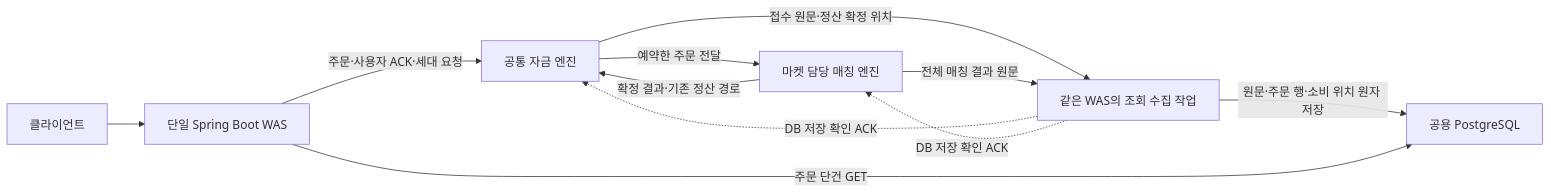
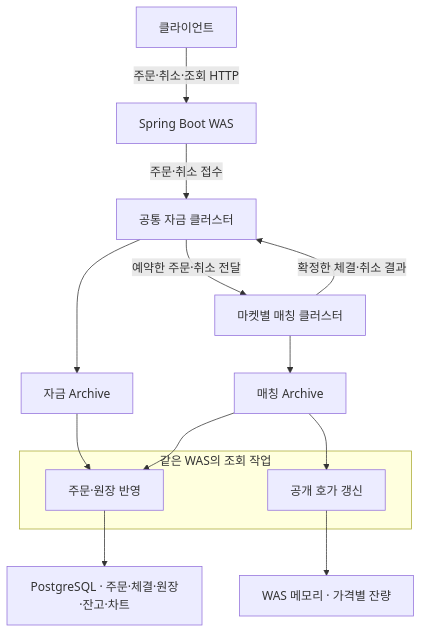
One commit to 0Chord/coin-exchange changed the diagram in README.md. Above: the diagram before and after it, drawn with Mermaid. The commit also changed other lines of this file, not shown here.

````diff
--- a/README.md
+++ b/README.md
@@ -11,13 +15,21 @@
 ```mermaid
-flowchart LR
-    Client["클라이언트"] --> WAS["단일 Spring Boot WAS"]
-    WAS -->|"주문·사용자 ACK·세대 요청"| Funds["공통 자금 엔진"]
-    Funds -->|"예약한 주문 전달"| Matching["마켓 담당 매칭 엔진"]
-    Matching -->|"확정 결과·기존 정산 경로"| Funds
-    Funds -->|"접수 원문·정산 확정 위치"| Feed["같은 WAS의 조회 수집 작업"]
-    Matching -->|"전체 매칭 결과 원문"| Feed
-    Feed -->|"원문·주문 행·소비 위치 원자 저장"| RDB["공용 PostgreSQL"]
-    Feed -.->|"DB 저장 확인 ACK"| Funds
-    Feed -.->|"DB 저장 확인 ACK"| Matching
-    WAS -->|"주문 단건 GET"| RDB
+flowchart TB
+    Client["클라이언트"] -->|"주문·취소·조회 HTTP"| WAS["Spring Boot WAS"]
+    WAS -->|"주문·취소 접수"| Funds["공통 자금 클러스터"]
+    Funds -->|"예약한 주문·취소 전달"| Matching["마켓별 매칭 클러스터"]
+    Matching -->|"확정한 체결·취소 결과"| Funds
+
+    Funds --> FundsArchive["자금 Archive"]
+    Matching --> MatchingArchive["매칭 Archive"]
+
+    subgraph Read["같은 WAS의 조회 작업"]
+        Replay["주문·원장 반영"]
+        Depth["공개 호가 갱신"]
+    end
+
+    FundsArchive --> Replay
+    MatchingArchive --> Replay
+    MatchingArchive --> Depth
+    Replay --> DB["PostgreSQL · 주문·체결·원장·잔고·차트"]
+    Depth --> Memory["WAS 메모리 · 가격별 잔량"]
 ```
````
